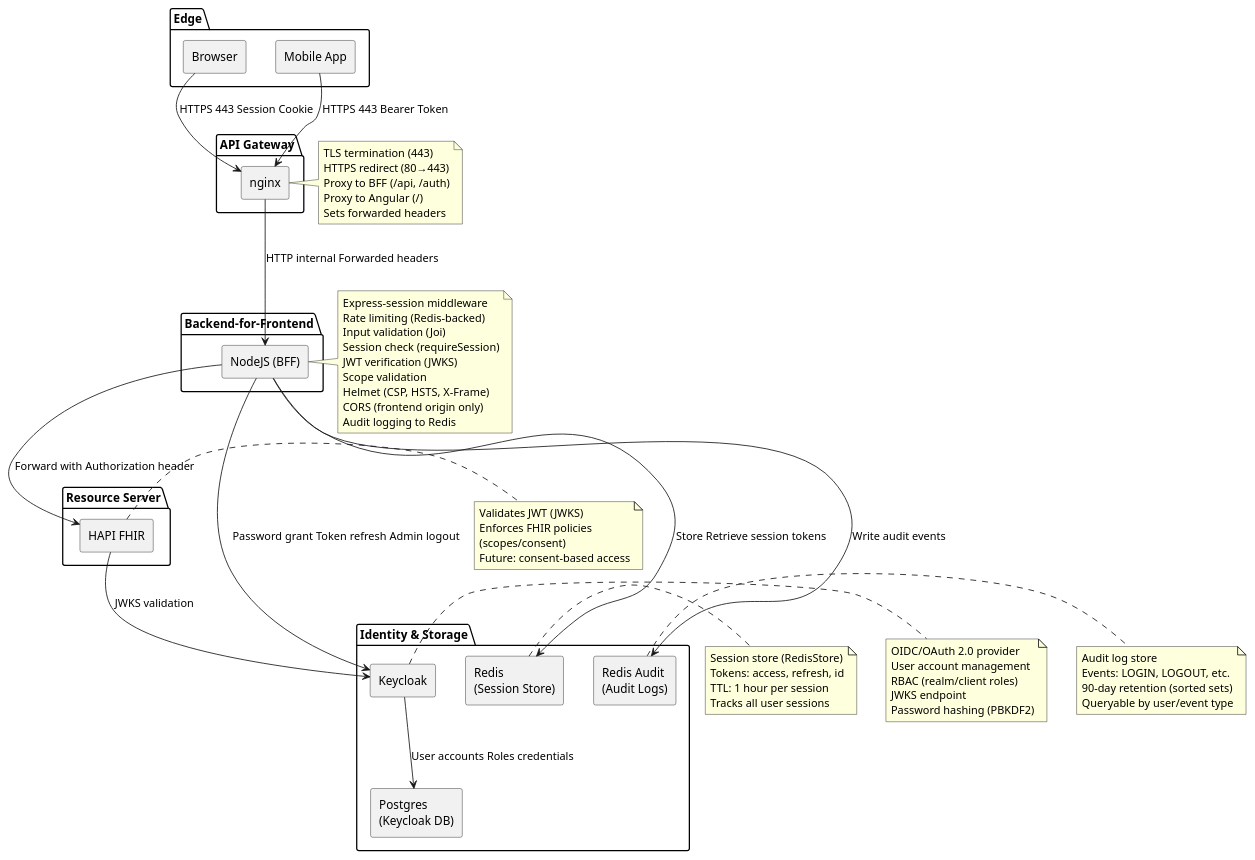
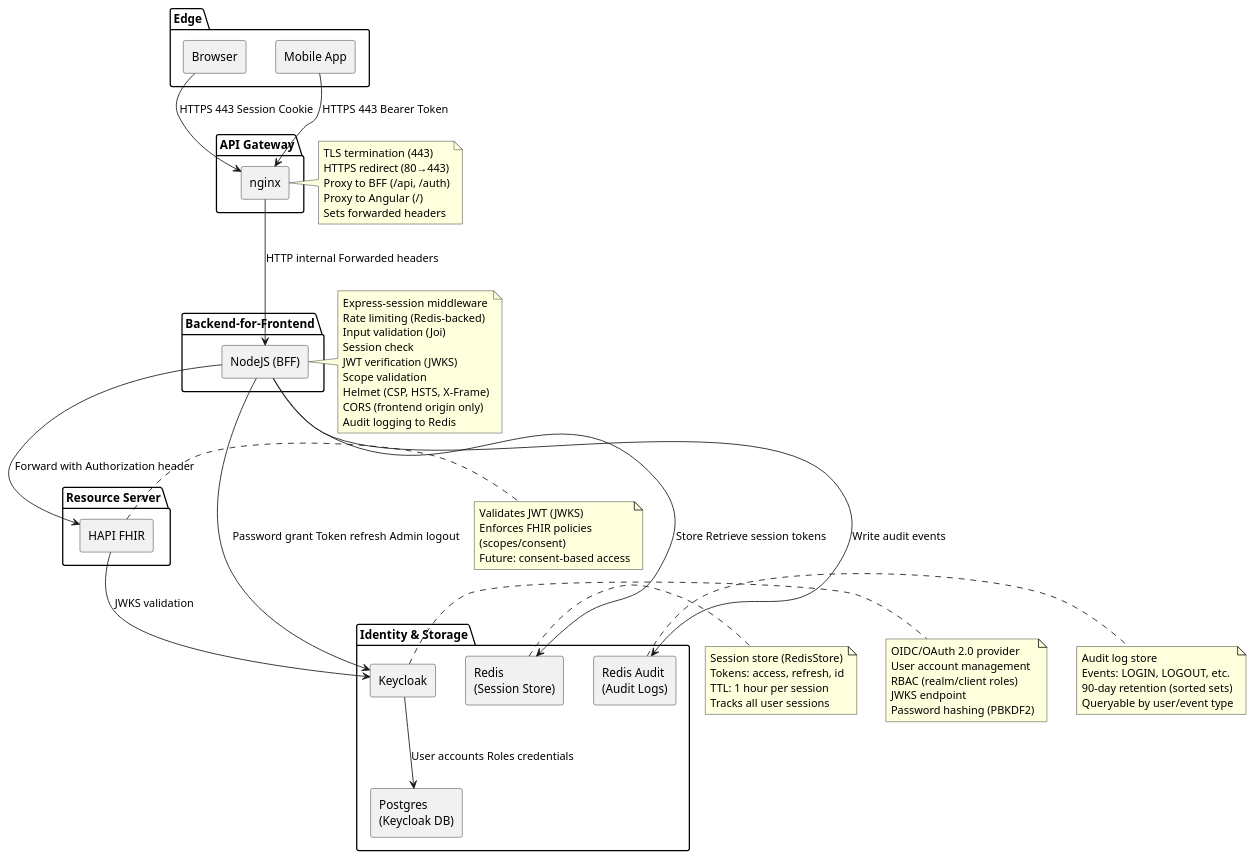
One commit to Belal0066/CFI-Care changed the diagram in security/Docs/components.puml. Above: the diagram before and after it, drawn with PlantUML. The commit also changed 40 other files, not shown here.

```diff
--- a/security/Docs/components.puml
+++ b/security/Docs/components.puml
@@ -1,88 +1,88 @@
 @startuml
 skinparam componentStyle rectangle
 
 package "Edge" {
   [Browser]
   [Mobile App]
 }
 
 package "API Gateway" {
   [nginx] 
 }
 
 package "Backend-for-Frontend" {
   [NodeJS (BFF)]
 }
 
 package "Identity & Storage" {
   [Keycloak]
   component "Postgres\n(Keycloak DB)" as Postgres
   component "Redis\n(Session Store)" as Redis
   component "Redis Audit\n(Audit Logs)" as RedisAudit
 }
 
 package "Resource Server" {
   [HAPI FHIR]
 }
 
 Browser --> nginx : HTTPS 443 Session Cookie
 [Mobile App] --> nginx : HTTPS 443 Bearer Token
 nginx --> [NodeJS (BFF)] : HTTP internal Forwarded headers
 
 [NodeJS (BFF)] --> Redis : Store Retrieve session tokens
 [NodeJS (BFF)] --> RedisAudit : Write audit events
 [NodeJS (BFF)] --> Keycloak : Password grant Token refresh Admin logout
 [NodeJS (BFF)] --> [HAPI FHIR] : Forward with Authorization header
 
 Keycloak --> Postgres : User accounts Roles credentials
 [HAPI FHIR] --> Keycloak : JWKS validation
 
 note right of [nginx]
   TLS termination (443)
   HTTPS redirect (80→443)
   Proxy to BFF (/api, /auth)
   Proxy to Angular (/)
   Sets forwarded headers
 end note
 
 note right of [NodeJS (BFF)]
   Express-session middleware
   Rate limiting (Redis-backed)
   Input validation (Joi)
-  Session check (requireSession)
+  Session check 
   JWT verification (JWKS)
   Scope validation
   Helmet (CSP, HSTS, X-Frame)
   CORS (frontend origin only)
   Audit logging to Redis
 end note
 
 note right of [HAPI FHIR]
   Validates JWT (JWKS)
   Enforces FHIR policies
   (scopes/consent)
   Future: consent-based access
 end note
 
 note right of Redis
   Session store (RedisStore)
   Tokens: access, refresh, id
   TTL: 1 hour per session
   Tracks all user sessions
 end note
 
 note right of RedisAudit
   Audit log store
   Events: LOGIN, LOGOUT, etc.
   90-day retention (sorted sets)
   Queryable by user/event type
 end note
 
 note right of Keycloak
   OIDC/OAuth 2.0 provider
   User account management
   RBAC (realm/client roles)
   JWKS endpoint
   Password hashing (PBKDF2)
 end note
 @enduml
```
